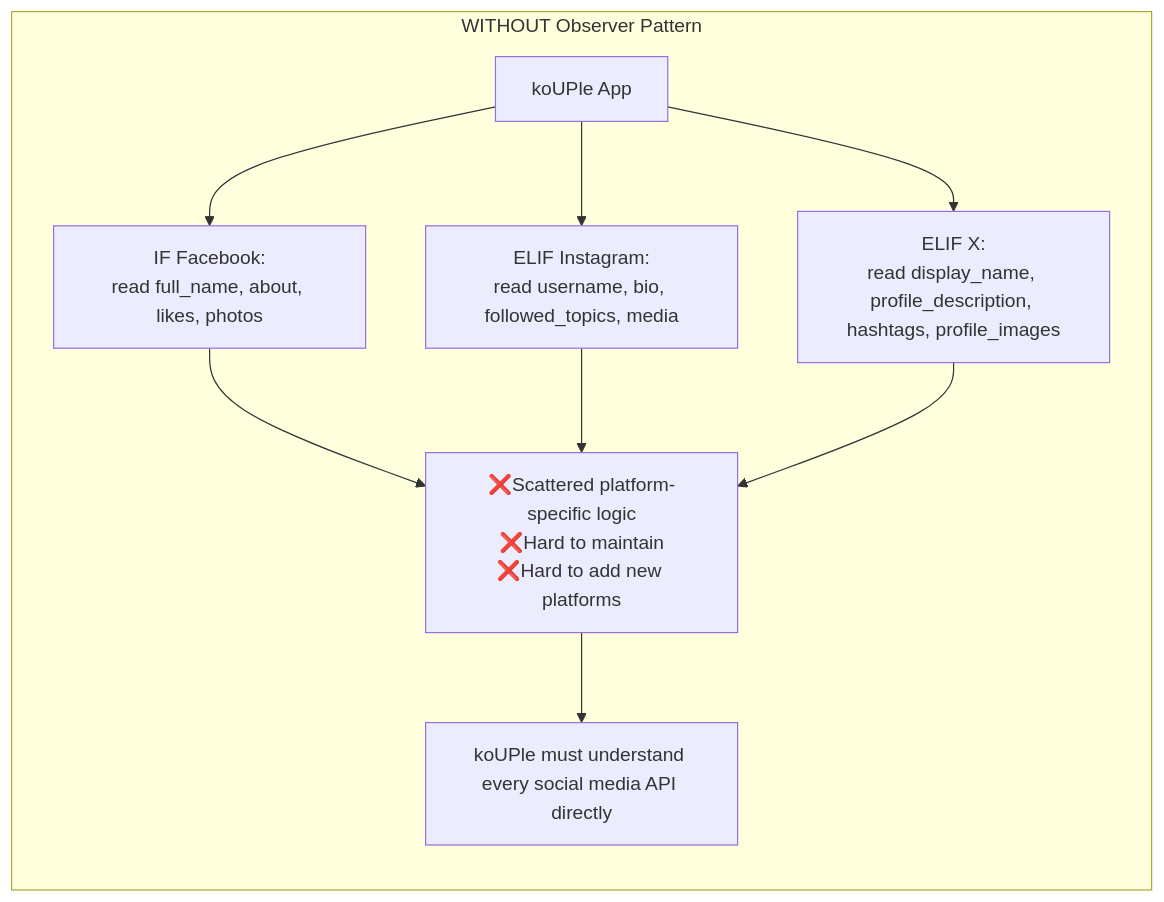
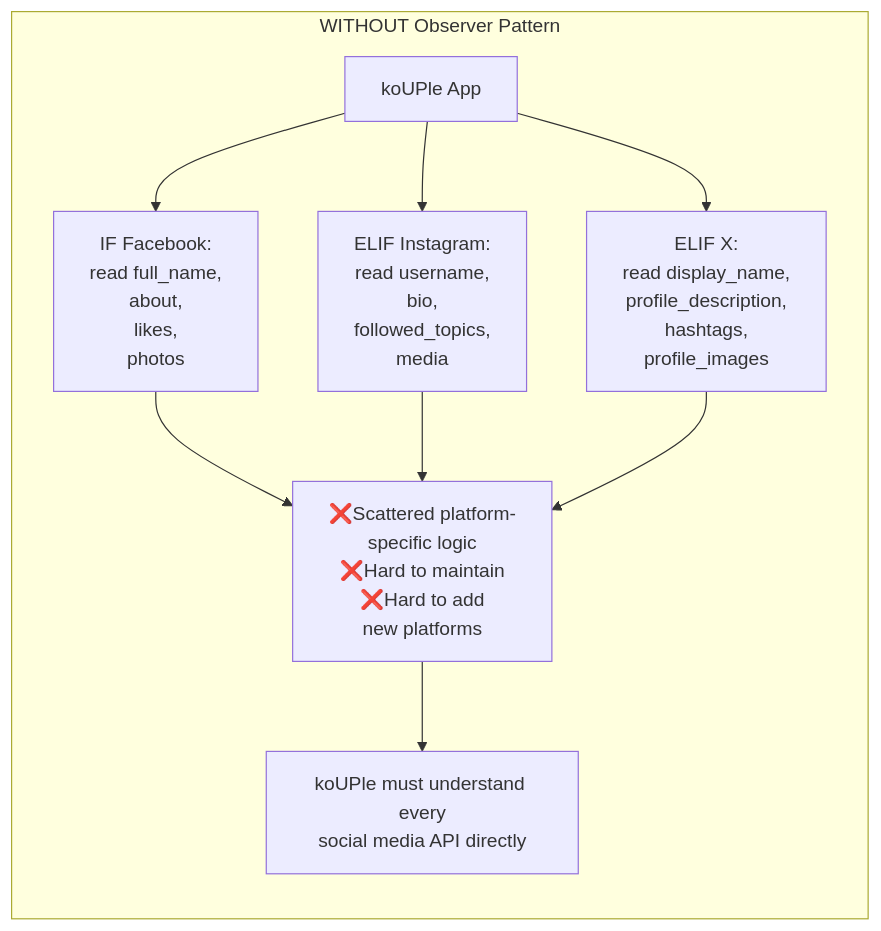
One commit to NellePot/FirstRepository changed the fifth of 5 diagrams in README.md. Above: the diagram before and after it, drawn with Mermaid.

````diff
--- a/README.md
+++ b/README.md
@@ -127,17 +127,17 @@
 ```mermaid
 flowchart TB
     subgraph W["WITHOUT Observer Pattern"]
         direction TB
     A["koUPle App"]
 
-    A --> B["IF Facebook:<br/>read full_name, about, likes, photos"]
-    A --> C["ELIF Instagram:<br/>read username, bio, followed_topics, media"]
-    A --> D["ELIF X:<br/>read display_name, profile_description, hashtags, profile_images"]
+    A --> B["IF Facebook:<br/>read full_name,<br/>about,<br/>likes,<br/>photos"]
+    A --> C["ELIF Instagram:<br/>read username,<br/>bio,<br/>followed_topics,<br/>media"]
+    A --> D["ELIF X:<br/>read display_name,<br/>profile_description,<br/>hashtags,<br/>profile_images"]
 
     B --> E["❌Scattered platform-<br/>specific logic<br/>❌Hard to maintain<br/>❌Hard to add<br/>new platforms"]
-    C --> E["❌Scattered platform-specific logic<br/>❌Hard to maintain<br/>❌Hard to add new platforms"]
-    D --> E["❌Scattered platform-specific logic<br/>❌Hard to maintain<br/>❌Hard to add new platforms"]
+    C --> E["❌Scattered platform-<br/>specific logic<br/>❌Hard to maintain<br/>❌Hard to add<br/>new platforms"]
+    D --> E["❌Scattered platform-<br/>specific logic<br/>❌Hard to maintain<br/>❌Hard to add<br/>new platforms"]
 
-    E --> H["koUPle must understand every social media API directly"]
+    E --> H["koUPle must understand every<br/>social media API directly"]
 end
 ```
````
